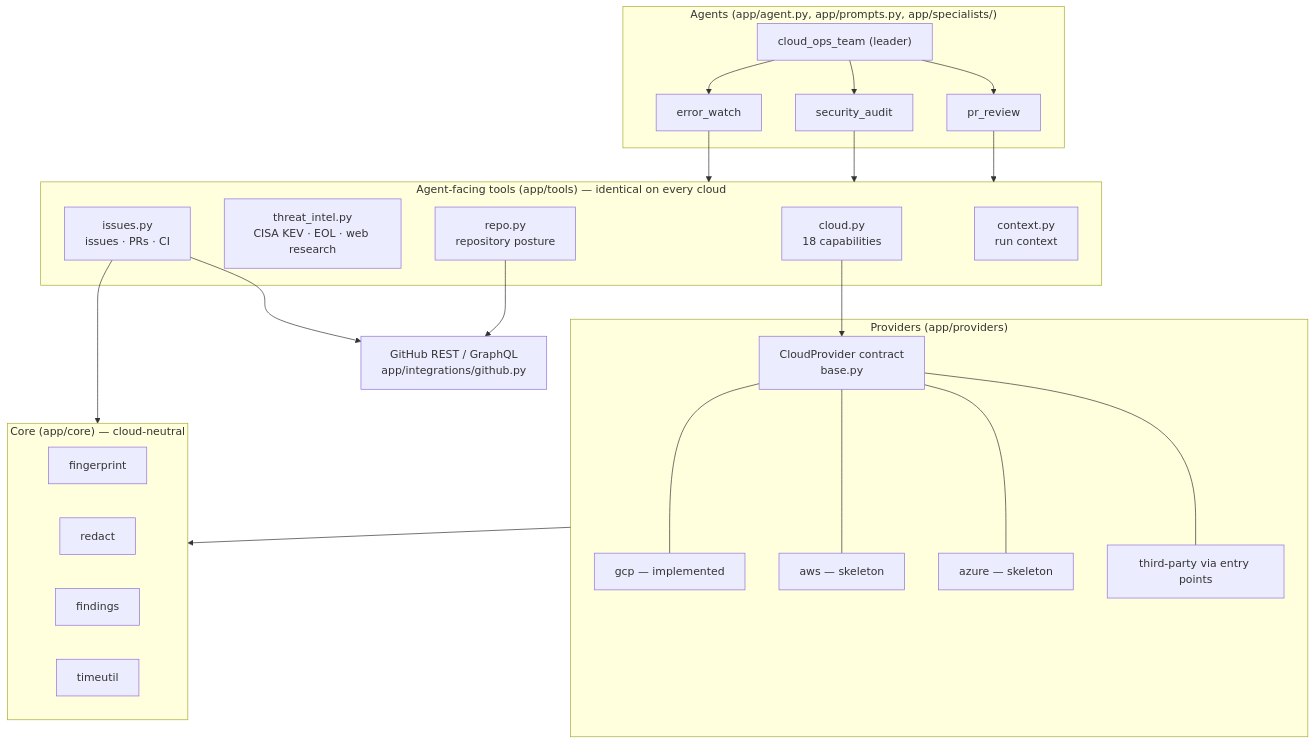
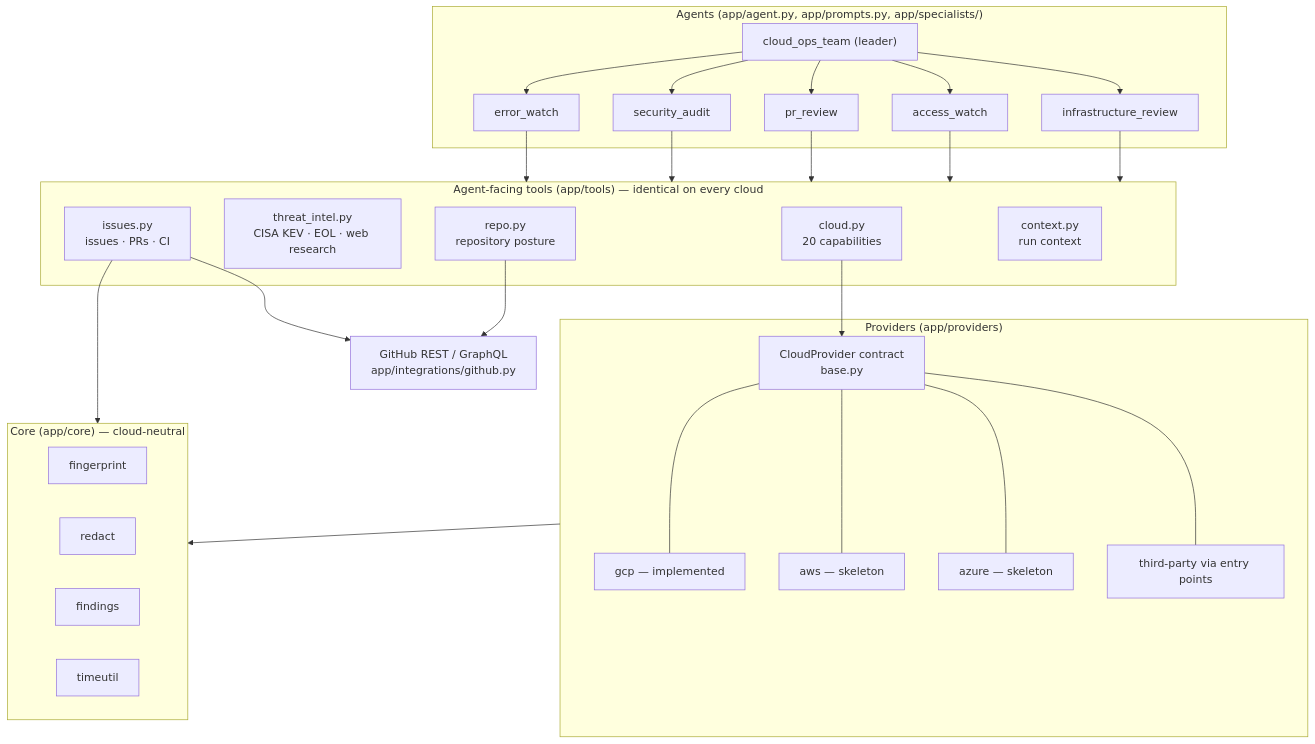
Before and after one commit to atsuki-sakai/cloud-ops-team: the second of 4 diagrams in docs/en/architecture.md, drawn with Mermaid. The commit also changed other lines of this file and 43 other files, not shown here.

Commit message:
feat: add read-only access and infrastructure review agents

````diff
--- a/docs/en/architecture.md
+++ b/docs/en/architecture.md
@@ -42,37 +45,39 @@
 ```mermaid
 flowchart TB
     subgraph Agents["Agents (app/agent.py, app/prompts.py, app/specialists/)"]
         ROOT["cloud_ops_team (leader)"]
         EW["error_watch"]
         SA["security_audit"]
         PR["pr_review"]
-        ROOT --> EW & SA & PR
+        AW["access_watch"]
+        IR["infrastructure_review"]
+        ROOT --> EW & SA & PR & AW & IR
     end
     subgraph Tools["Agent-facing tools (app/tools) — identical on every cloud"]
-        CLOUD["cloud.py<br/>18 capabilities"]
+        CLOUD["cloud.py<br/>20 capabilities"]
         TI["threat_intel.py<br/>CISA KEV · EOL · web research"]
         REPO["repo.py<br/>repository posture"]
         ISS["issues.py<br/>issues · PRs · CI"]
         CTX["context.py<br/>run context"]
     end
     subgraph Providers["Providers (app/providers)"]
         BASE["CloudProvider contract<br/>base.py"]
         GCP["gcp — implemented"]
         AWS["aws — skeleton"]
         AZ["azure — skeleton"]
         EXT["third-party via entry points"]
         BASE --- GCP & AWS & AZ & EXT
     end
     subgraph Core["Core (app/core) — cloud-neutral"]
         FP["fingerprint"]
         RD["redact"]
         FD["findings"]
         TU["timeutil"]
     end
     GH["GitHub REST / GraphQL<br/>app/integrations/github.py"]
-    EW & SA & PR --> Tools
+    EW & SA & PR & AW & IR --> Tools
     CLOUD --> BASE
     ISS & REPO --> GH
     Providers --> Core
     ISS --> Core
 ```
````
